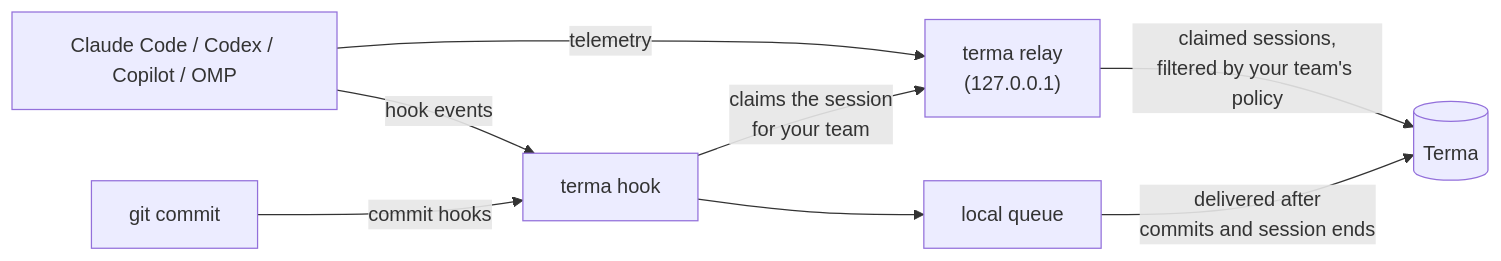
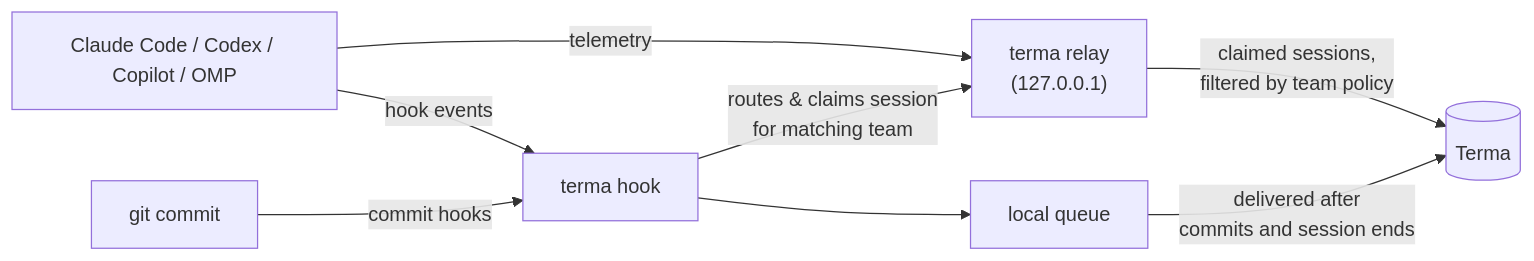
The diagram in README.md (miradorlabs/terma-cli), drawn with Mermaid before and after one commit. The commit also changed other lines of this file and 1 other file, not shown here.

First line of the commit message:
docs: document multi-org single-user-token routing, terma teams, route explain, and doctor (MIR-769)

````diff
--- a/README.md
+++ b/README.md
@@ -101,10 +101,10 @@
 ```mermaid
 flowchart LR
   agent["Claude Code / Codex / Copilot / OMP"] -- "telemetry" --> relay["terma relay<br/>(127.0.0.1)"]
   agent -- "hook events" --> hook["terma hook"]
   git["git commit"] -- "commit hooks" --> hook
-  hook -- "claims the session<br/>for your team" --> relay
+  hook -- "routes & claims session<br/>for matching team" --> relay
   hook --> queue["local queue"]
-  relay -- "claimed sessions,<br/>filtered by your team's policy" --> terma[("Terma")]
+  relay -- "claimed sessions,<br/>filtered by team policy" --> terma[("Terma")]
   queue -- "delivered after<br/>commits and session ends" --> terma
 ```
````
